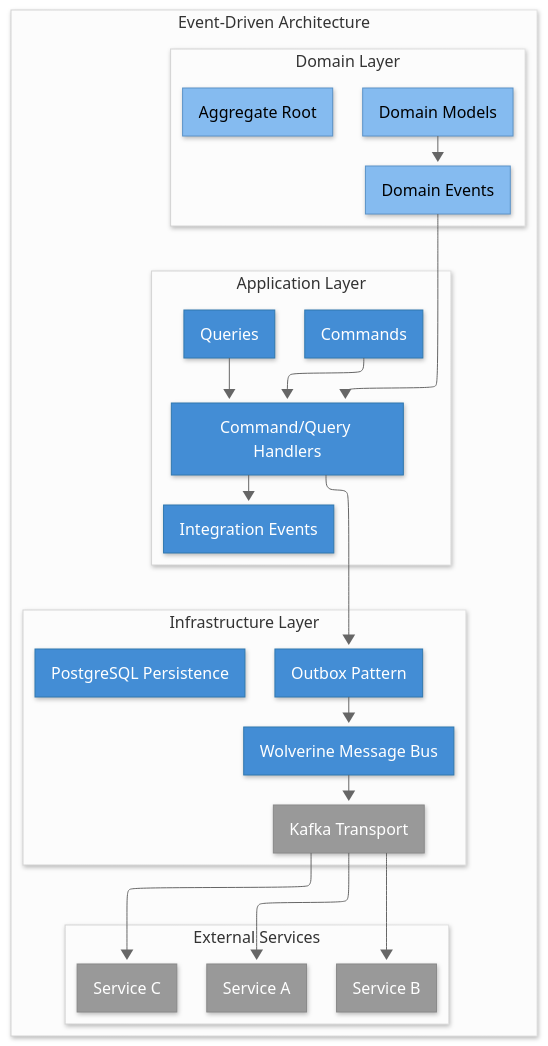
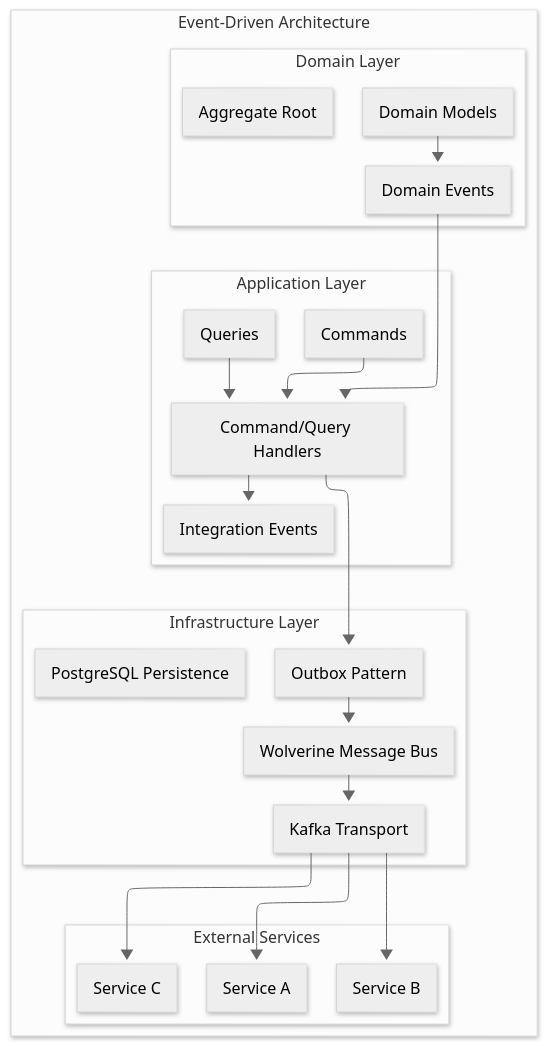
The first of 3 diagrams in docs/arch/eda.md (vgmello/momentum), drawn with Mermaid before and after one commit. The commit also changed 4 other files, not shown here.

Commit message:
Update documentation: remove unused class definitions from diagrams and add Playwright MCP screenshots/traces to .gitignore

````diff
--- a/docs/arch/eda.md
+++ b/docs/arch/eda.md
@@ -15,57 +15,48 @@
 ```mermaid
 ---
 config:
   theme: neutral
   layout: elk
   look: neo
 ---
 graph TB
     subgraph "Event-Driven Architecture"
         subgraph "Domain Layer"
             DOMAIN[Domain Models]
             DOMAIN_EVENTS[Domain Events]
             AGGREGATE[Aggregate Root]
         end
 
         subgraph "Application Layer"
             COMMANDS[Commands]
             QUERIES[Queries]
             HANDLERS[Command/Query Handlers]
             INTEGRATION[Integration Events]
         end
 
         subgraph "Infrastructure Layer"
             WOLVERINE[Wolverine Message Bus]
             KAFKA[Kafka Transport]
             POSTGRES[PostgreSQL Persistence]
             OUTBOX[Outbox Pattern]
         end
 
         subgraph "External Services"
             SERVICE_A[Service A]
             SERVICE_B[Service B]
             SERVICE_C[Service C]
         end
     end
 
     DOMAIN --> DOMAIN_EVENTS
     DOMAIN_EVENTS --> HANDLERS
     COMMANDS --> HANDLERS
     QUERIES --> HANDLERS
     HANDLERS --> INTEGRATION
     HANDLERS --> OUTBOX
     OUTBOX --> WOLVERINE
     WOLVERINE --> KAFKA
     KAFKA --> SERVICE_A
     KAFKA --> SERVICE_B
     KAFKA --> SERVICE_C
-
-    classDef container fill:#438dd5,stroke:#3079b0,color:#ffffff
-    classDef component fill:#85bbf0,stroke:#5b93c8,color:#000000
-    classDef external fill:#999999,stroke:#8a8a8a,color:#ffffff
-    classDef person fill:#08427b,stroke:#052e56,color:#ffffff
-
-    class COMMANDS,QUERIES,HANDLERS,INTEGRATION,WOLVERINE,POSTGRES,OUTBOX container
-    class DOMAIN,DOMAIN_EVENTS,AGGREGATE component
-    class KAFKA,SERVICE_A,SERVICE_B,SERVICE_C external
 ```
````
